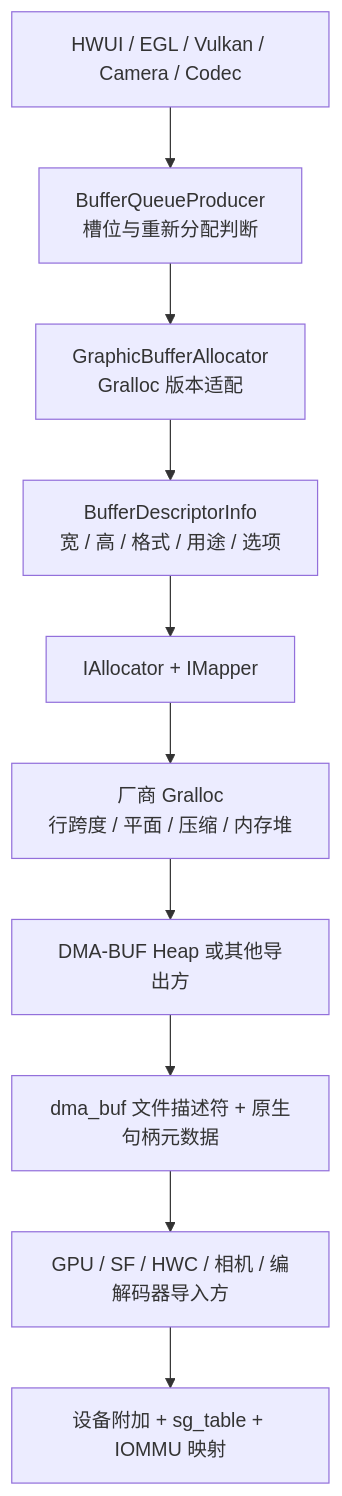
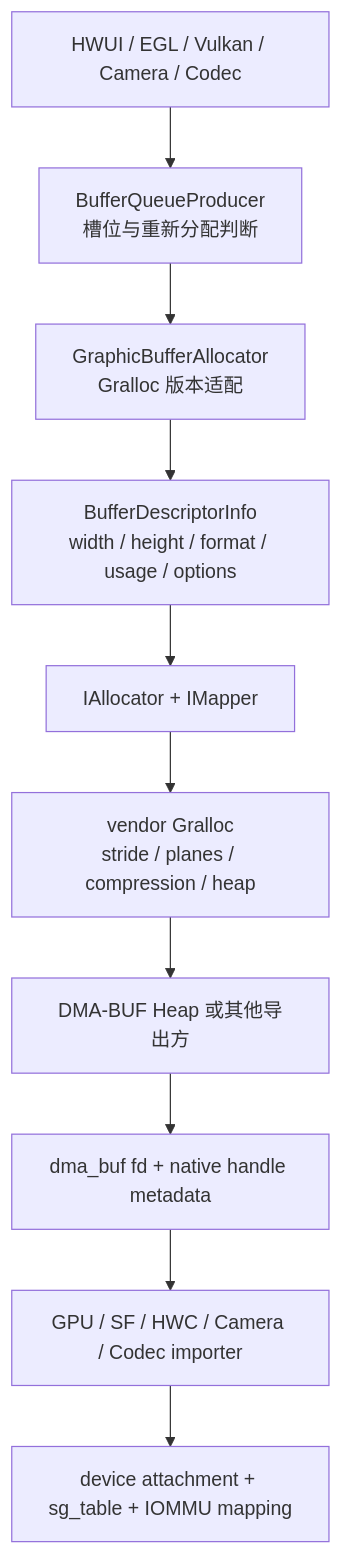
One commit to Gracker/android-internals-wiki changed the diagram in src/part1-fundamentals/ch02-rendering/24-graphic-memory-dmabuf-gralloc-16kb-boundary.md. Above: the diagram before and after it, drawn with Mermaid. The commit also changed other lines of this file and 3 other files, not shown here.

````diff
--- a/src/part1-fundamentals/ch02-rendering/24-graphic-memory-dmabuf-gralloc-16kb-boundary.md
+++ b/src/part1-fundamentals/ch02-rendering/24-graphic-memory-dmabuf-gralloc-16kb-boundary.md
@@ -80,16 +80,16 @@
 ```mermaid
 flowchart TD
     Producer["HWUI / EGL / Vulkan / Camera / Codec"]
     BQ["BufferQueueProducer<br/>槽位与重新分配判断"]
     GBA["GraphicBufferAllocator<br/>Gralloc 版本适配"]
-    Desc["BufferDescriptorInfo<br/>宽 / 高 / 格式 / 用途 / 选项"]
+    Desc["BufferDescriptorInfo<br/>width / height / format / usage / options"]
     HAL["IAllocator + IMapper"]
-    Vendor["厂商 Gralloc<br/>行跨度 / 平面 / 压缩 / 内存堆"]
+    Vendor["vendor Gralloc<br/>stride / planes / compression / heap"]
     Exporter["DMA-BUF Heap 或其他导出方"]
-    DmaBuf["dma_buf 文件描述符 + 原生句柄元数据"]
-    Importer["GPU / SF / HWC / 相机 / 编解码器导入方"]
-    Iommu["设备附加 + sg_table + IOMMU 映射"]
+    DmaBuf["dma_buf fd + native handle metadata"]
+    Importer["GPU / SF / HWC / Camera / Codec importer"]
+    Iommu["device attachment + sg_table + IOMMU mapping"]
 
     Producer --> BQ --> GBA --> Desc --> HAL --> Vendor
     Vendor --> Exporter --> DmaBuf --> Importer --> Iommu
 ```
````
